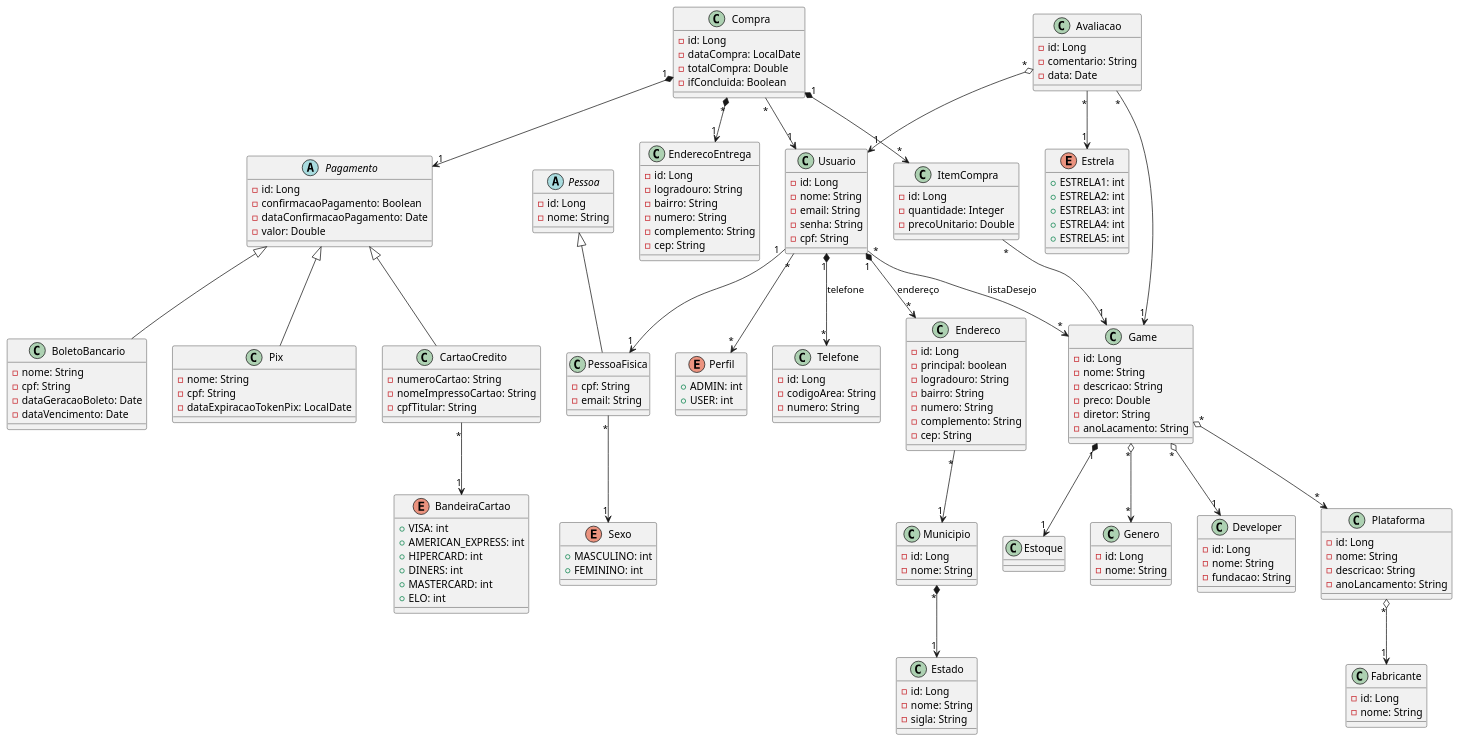
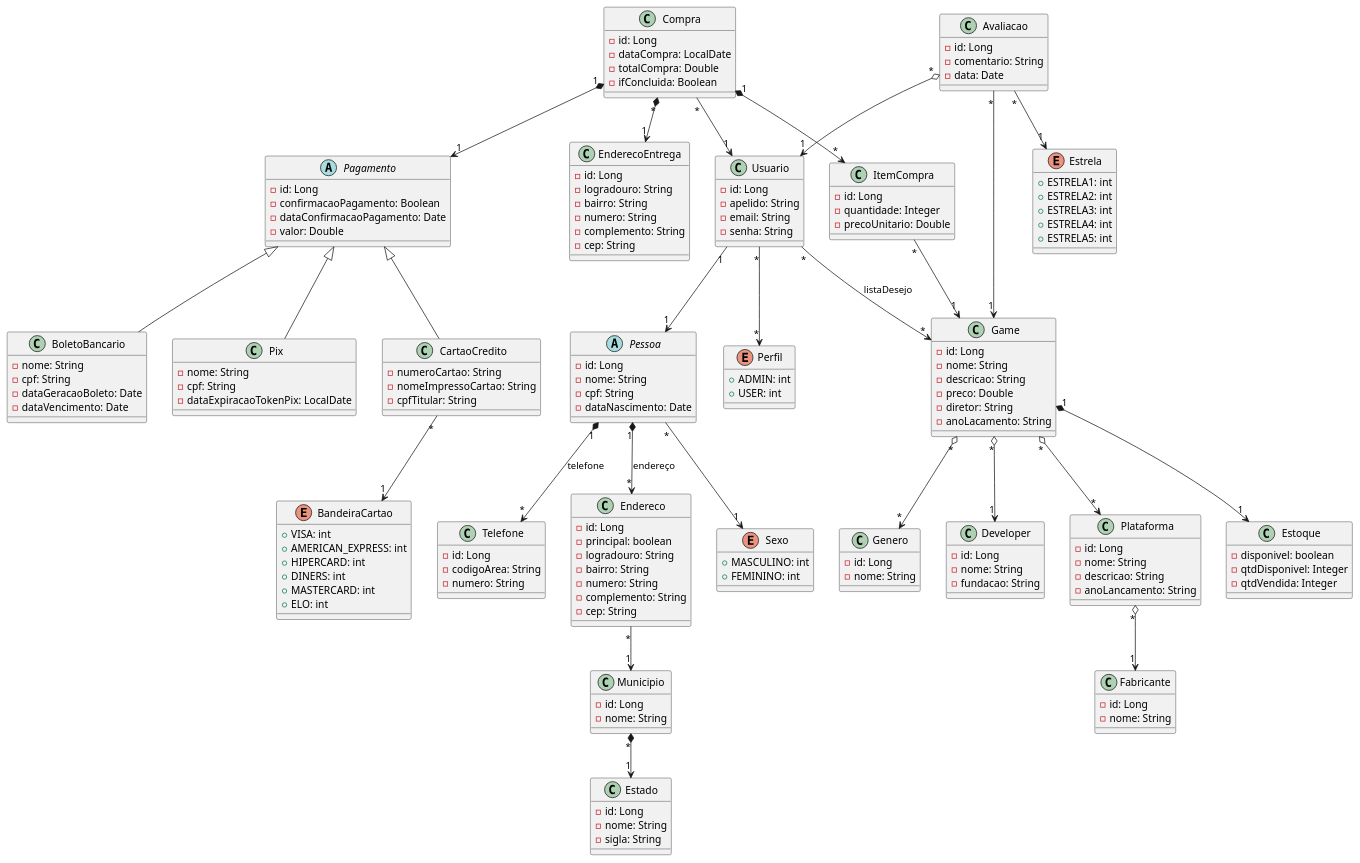
One commit to alvesluis311/ProjetoECommerce changed the diagram in Games.plantuml. Above: the diagram before and after it, drawn with PlantUML.

Commit message:
diagrama atualizado

```diff
--- a/Games.plantuml
+++ b/Games.plantuml
@@ -11,7 +11,9 @@
     }
 
     class Estoque {
-        
+        - disponivel: boolean
+        - qtdDisponivel: Integer
+        - qtdVendida: Integer
     }
 
     class Genero {
@@ -45,12 +47,8 @@
 
         - id: Long
         - nome: String
-    }
-
-    class PessoaFisica {
-
         - cpf: String
-        - email: String
+        - dataNascimento: Date
     }
 
     enum Sexo {
@@ -68,10 +66,9 @@
     class Usuario {
 
         - id: Long
-        - nome: String
+        - apelido: String
         - email: String
         - senha: String
-        - cpf: String
     }
 
     class Telefone {
@@ -185,6 +182,7 @@
         - id: Long
         - nome: String
     }
+
     Game "*" o--> "*" Genero
     Game "*" o--> "1" Developer
     Game "*" o--> "*" Plataforma
@@ -196,15 +194,13 @@
 
     Endereco "*" --> "1" Municipio
 
-    PessoaFisica "*" --> "1" Sexo
+    Pessoa "*" --> "1" Sexo
 
-    PessoaFisica -up-|> Pessoa
-
-    Usuario "1" --> "1" PessoaFisica
+    Usuario "1" --> "1" Pessoa
     Usuario "*" --> "*" Perfil
     Usuario "*" --> "*" Game: listaDesejo
-    Usuario "1" *--> "*" Telefone: telefone
-    Usuario "1" *--> "*" Endereco: endereço
+    Pessoa "1" *--> "*" Telefone: telefone
+    Pessoa "1" *--> "*" Endereco: endereço
 
     ItemCompra "*" --> "1" Game
 
```
